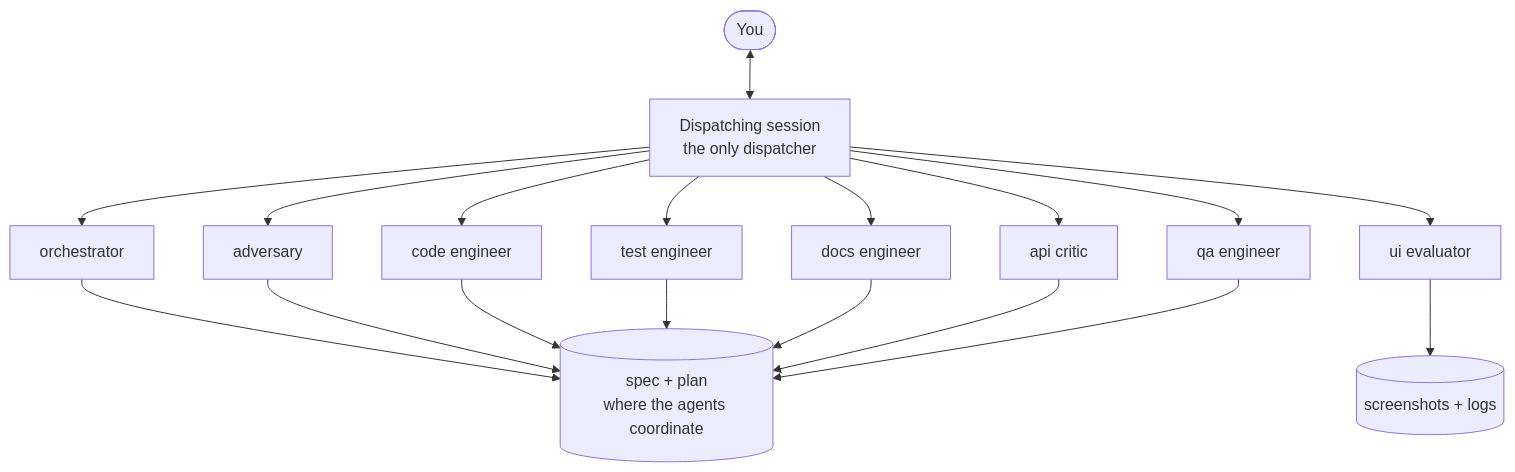
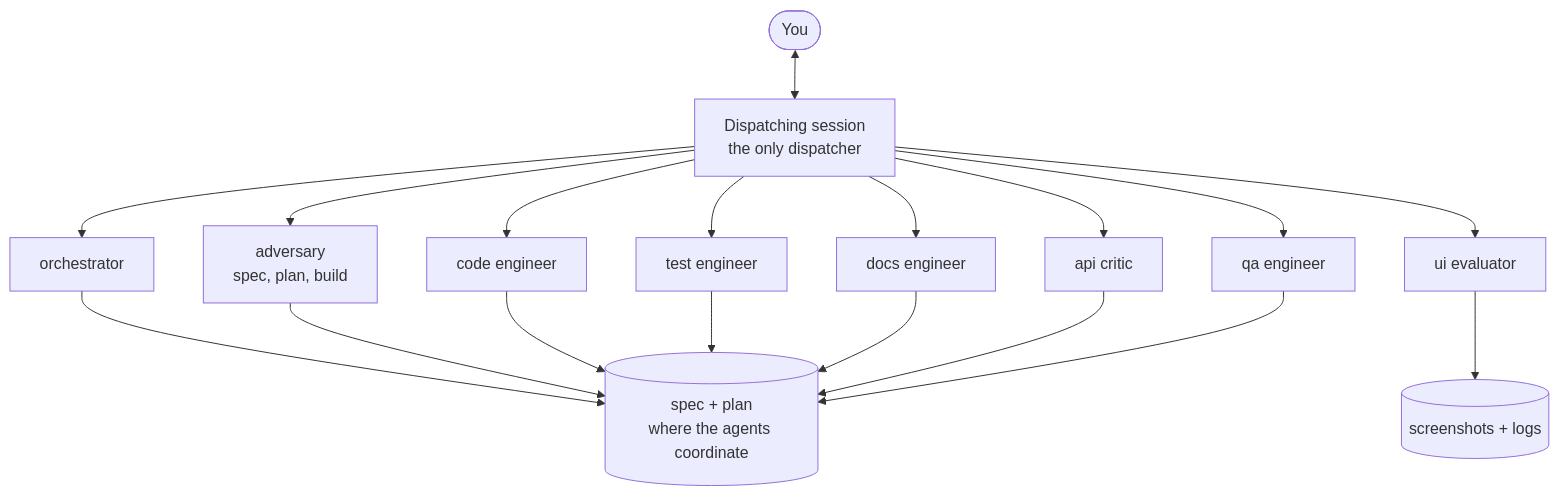
The first of 3 diagrams in plugins/harness/README.md (gjkoplik/skills), drawn with Mermaid before and after one commit. The commit also changed other lines of this file and 12 other files, not shown here.

First line of the commit message:
harness: pin agent models, split the build adversary, UI evaluator checks appearance

````diff
--- a/plugins/harness/README.md
+++ b/plugins/harness/README.md
@@ -34,20 +34,20 @@
 ```mermaid
 flowchart TD
     YOU([You]) <--> HUB["Dispatching session<br/>the only dispatcher"]
     HUB --> O[orchestrator]
-    HUB --> A[adversary]
+    HUB --> A["adversary<br/>spec, plan, build"]
     HUB --> CE[code engineer]
     HUB --> TE[test engineer]
     HUB --> DE[docs engineer]
     HUB --> AC[api critic]
     HUB --> QA[qa engineer]
     HUB --> UI[ui evaluator]
     O --> SP[("spec + plan<br/>where the agents coordinate")]
     A --> SP
     CE --> SP
     TE --> SP
     DE --> SP
     AC --> SP
     QA --> SP
     UI --> SS[("screenshots + logs")]
 ```
````
